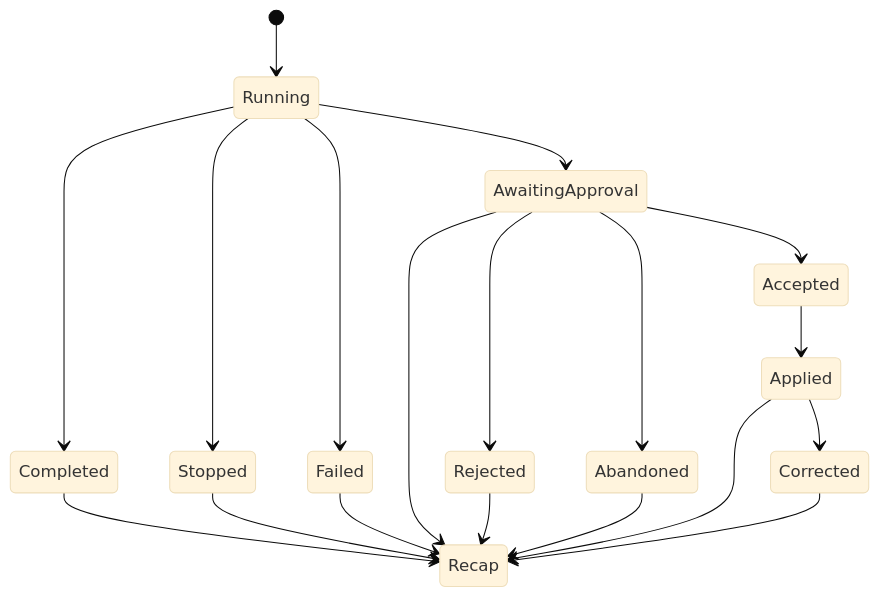
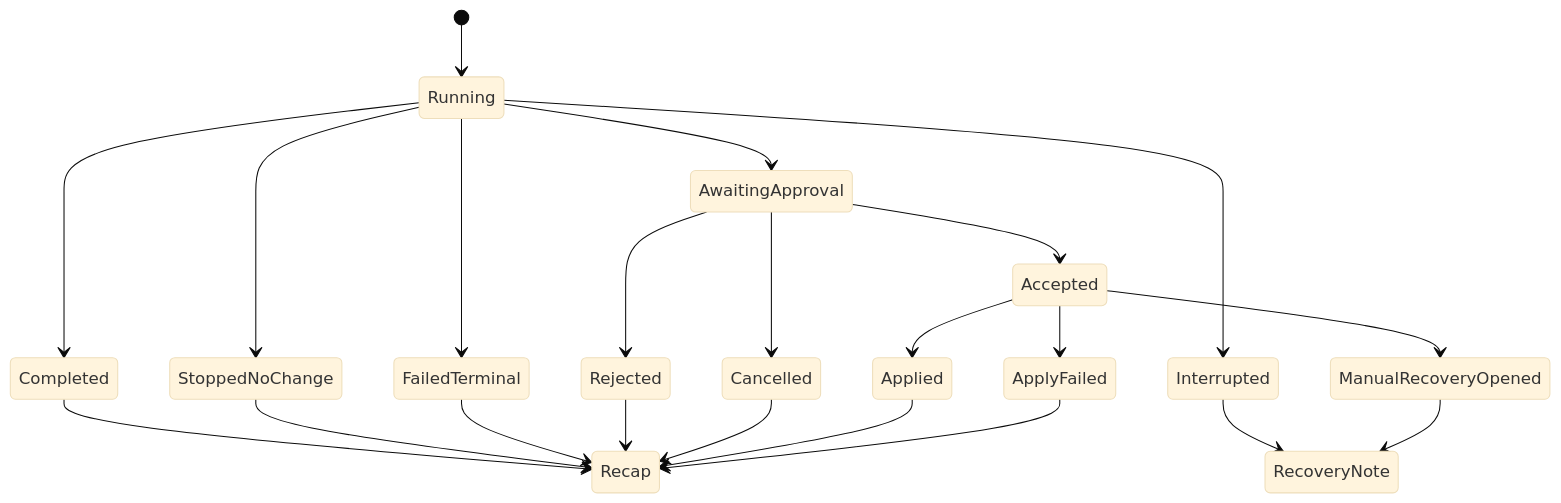
Before and after one commit to jinhuang712/open-novel: the second of 2 diagrams in spec/M17-turn-recap-and-continuation.md, drawn with Mermaid (base theme). The commit also changed other lines of this file and 9 other files, not shown here.

````diff
--- a/spec/M17-turn-recap-and-continuation.md
+++ b/spec/M17-turn-recap-and-continuation.md
@@ -40,21 +40,24 @@
 ```mermaid
 stateDiagram-v2
   [*] --> Running
   Running --> Completed
-  Running --> Stopped
-  Running --> Failed
+  Running --> StoppedNoChange
+  Running --> FailedTerminal
+  Running --> Interrupted
   Running --> AwaitingApproval
   AwaitingApproval --> Accepted
   AwaitingApproval --> Rejected
-  AwaitingApproval --> Abandoned
+  AwaitingApproval --> Cancelled
   Accepted --> Applied
-  Applied --> Corrected
+  Accepted --> ApplyFailed
+  Accepted --> ManualRecoveryOpened
   Completed --> Recap
-  Stopped --> Recap
-  Failed --> Recap
-  AwaitingApproval --> Recap
+  StoppedNoChange --> Recap
+  FailedTerminal --> Recap
   Rejected --> Recap
-  Abandoned --> Recap
+  Cancelled --> Recap
   Applied --> Recap
-  Corrected --> Recap
+  ApplyFailed --> Recap
+  Interrupted --> RecoveryNote
+  ManualRecoveryOpened --> RecoveryNote
 ```
````
